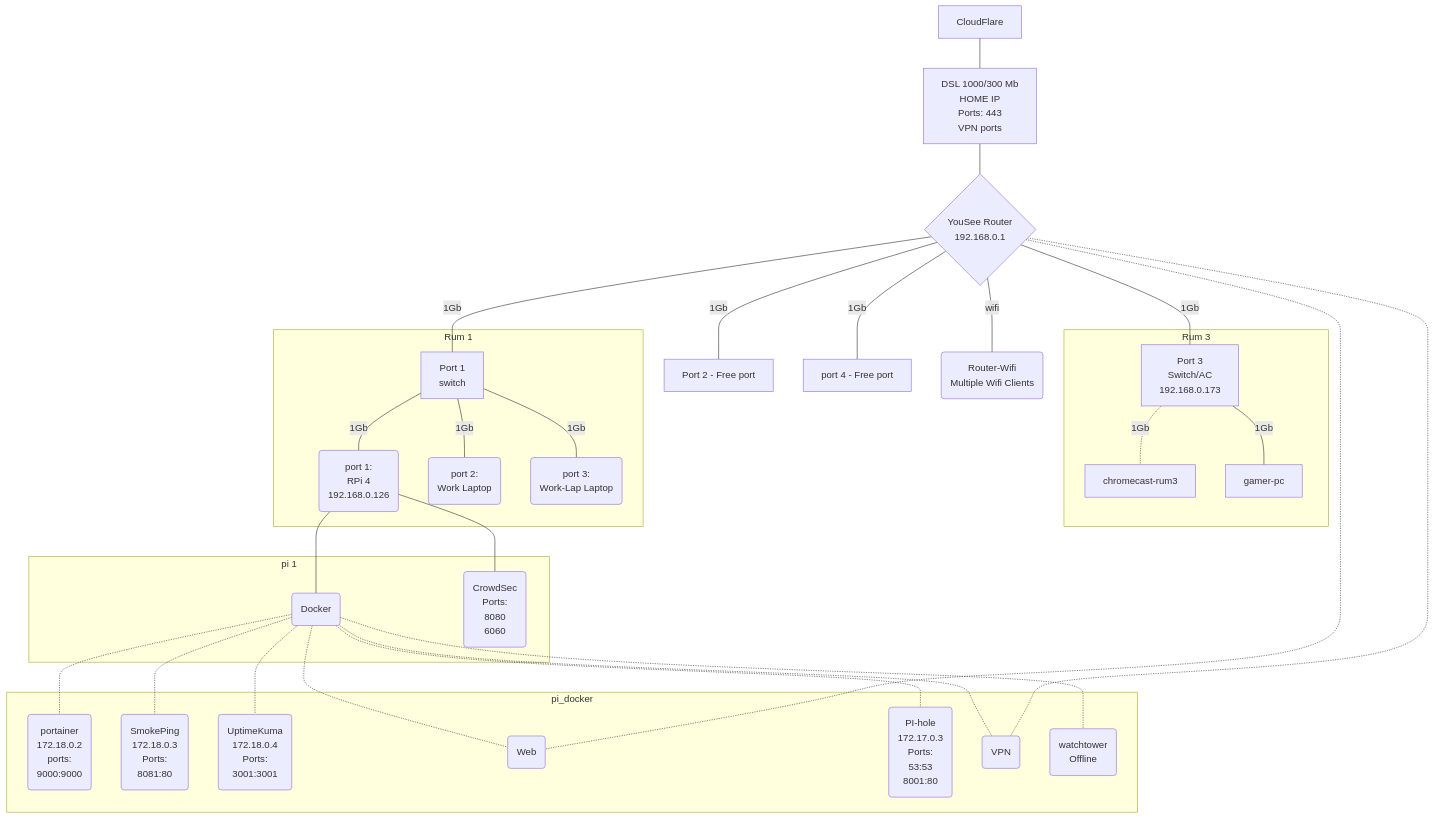
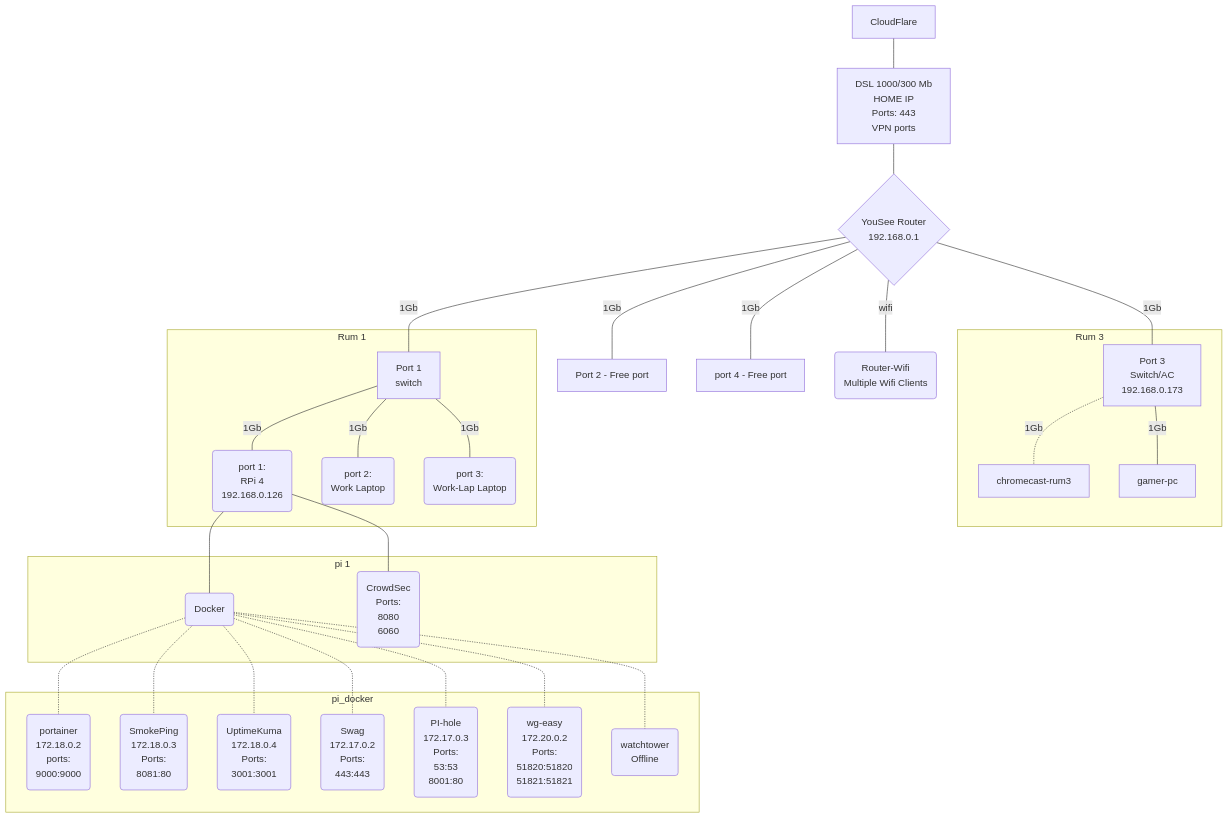
One commit to alf149/ansible changed the diagram in Docs/Index.md. Above: the diagram before and after it, drawn with Mermaid. The commit also changed other lines of this file, not shown here.

````diff
--- a/Docs/Index.md
+++ b/Docs/Index.md
@@ -22,40 +22,37 @@
 ```mermaid
 graph TD
  linkStyle default interpolate basis
  cloudflare[<center>CloudFlare</center>]---wan
  wan[<center>DSL 1000/300 Mb<br>HOME IP<br>Ports: 443<br>VPN ports</center>]---router{<center>YouSee Router<br>192.168.0.1</center>}
  router---|1Gb|rum_1[<center>Port 1<br>switch</center>]
  router---|1Gb|rum_2[<center>Port 2 - Free port</center>]
  router---|1Gb|rum_3[<center>Port 3<br>Switch/AC<br>192.168.0.173</center>]
  router---|1Gb|rum_4[<center>port 4 - Free port</center>]
  router---|wifi|ac_wifi(<center>Router-Wifi<br>Multiple Wifi Clients</center>)
 
     subgraph Rum 3
     rum_3-.-|1Gb|chromecast-rum3
     rum_3---|1Gb|gamer-pc
     end
 
     subgraph Rum 1
     rum_1---|1Gb|pi(<center>port 1:<br> RPi 4<br>192.168.0.126</center>)
     rum_1---|1Gb|work(<center>port 2:<br> Work Laptop</center>)
     rum_1---|1Gb|work-lab(<center>port 3:<br> Work-Lap Laptop</center>)
     end
 
         subgraph pi 1
         pi---docker(<center>Docker</center>)
         pi---crowdsec(<center>CrowdSec<br>Ports:<br>8080<br>6060</center>)
         end
 
         subgraph pi_docker
         docker-.-portainer(<center>portainer    <br>172.18.0.2<br>ports:<br>9000:9000</center>)
         docker-.-smokeping(<center>SmokePing    <br>172.18.0.3<br>Ports:<br>8081:80</center>)
         docker-.-uptimeKuma(<center>UptimeKuma  <br>172.18.0.4<br>Ports:<br>3001:3001</center>)
         docker-.-swag(<center>Swag              <br>172.17.0.2<br>Ports:<br>443:443</center>)
         docker-.-pihole(<center>PI-hole         <br>172.17.0.3<br>Ports:<br>53:53<br>8001:80</center>)
         docker-.-wg-easy(<center>wg-easy        <br>172.20.0.2     <br>Ports:<br>51820:51820<br>51821:51821</center>)
         docker-.-watchtower(<center>watchtower  <br>Offline</center>)
         end
- router-.-swag(<center>Web</center>)
- router-.-wg-easy(<center>VPN</center>)
-
 ```
````
